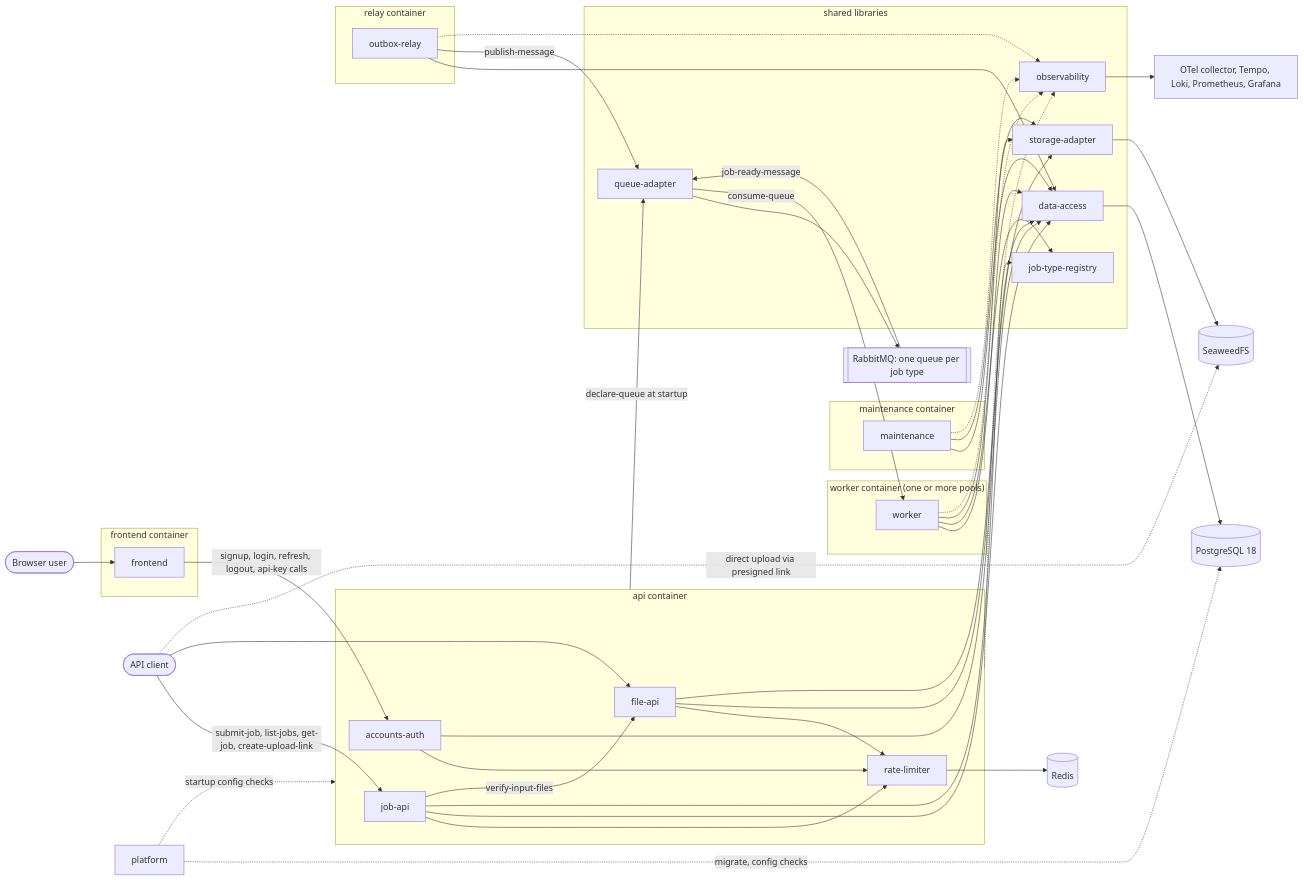
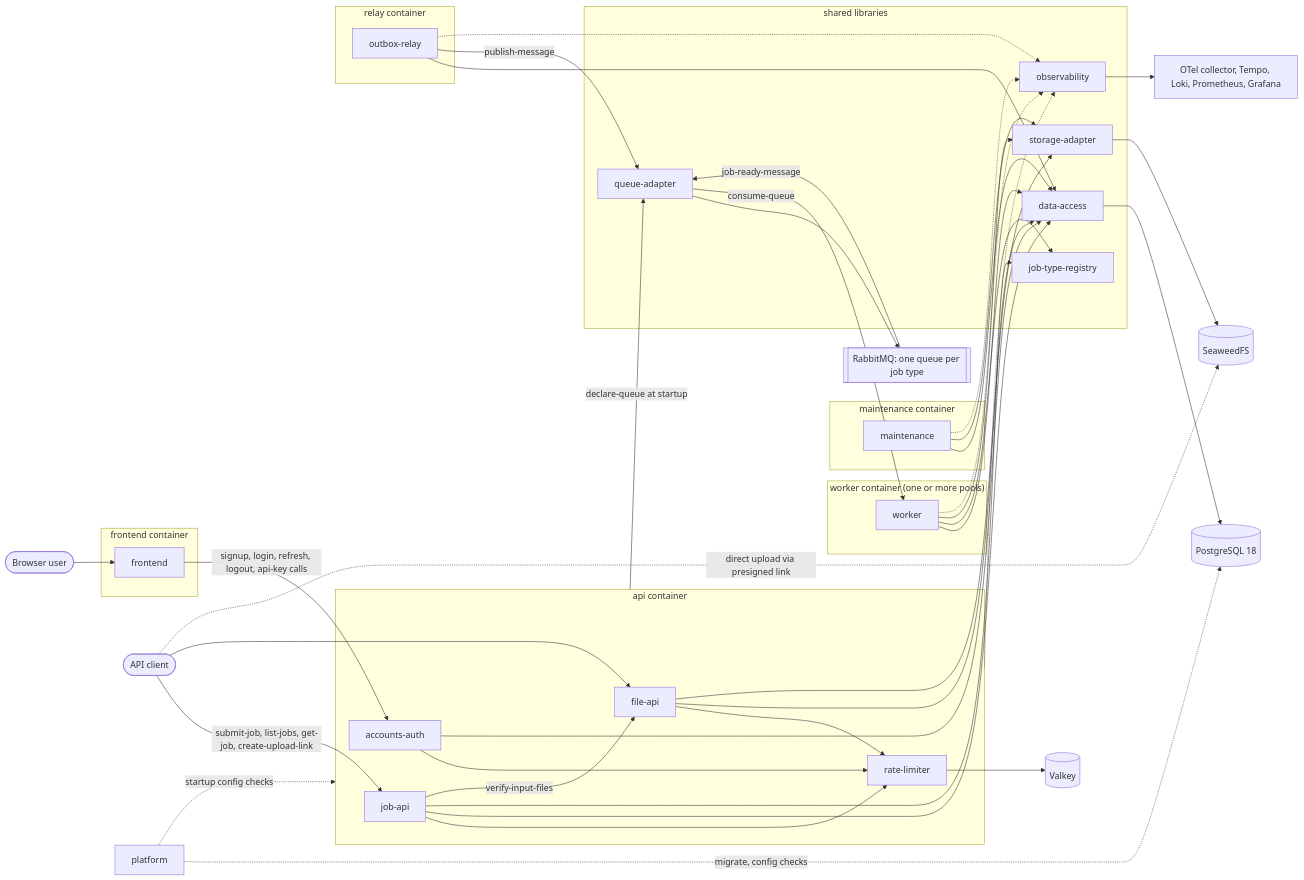
One commit to aiparadox/worker-for-everything changed the diagram in docs/virtual-implementation/overview.md. Above: the diagram before and after it, drawn with Mermaid. The commit also changed other lines of this file and 11 other files, not shown here.

Commit message:
Update design docs for D41 to D48: Valkey replaces Redis, Python 3.12, SQLAlchemy 2.1, boto3 in a thread pool, Compose test profile

```diff
--- a/docs/virtual-implementation/overview.md
+++ b/docs/virtual-implementation/overview.md
@@ -87,7 +87,7 @@
 
   PG[(PostgreSQL 18)]
   MQ[[RabbitMQ: one queue per job type]]
-  RD[(Redis)]
+  RD[(Valkey)]
   S3[(SeaweedFS)]
   OT[OTel collector, Tempo, Loki, Prometheus, Grafana]
 
```
